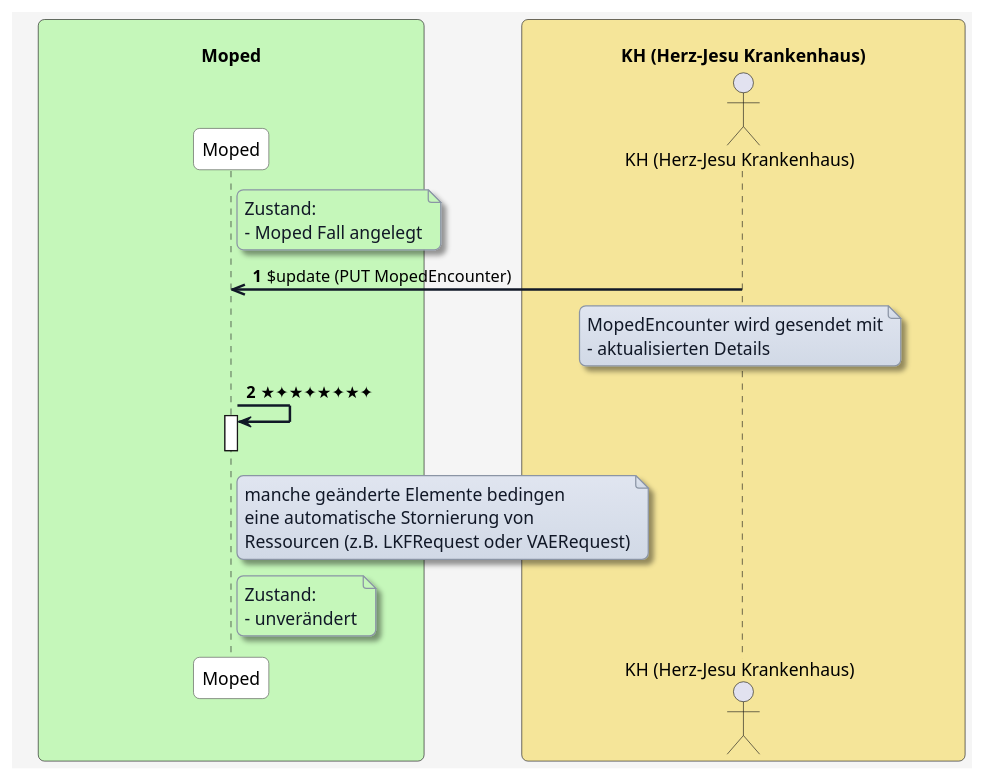
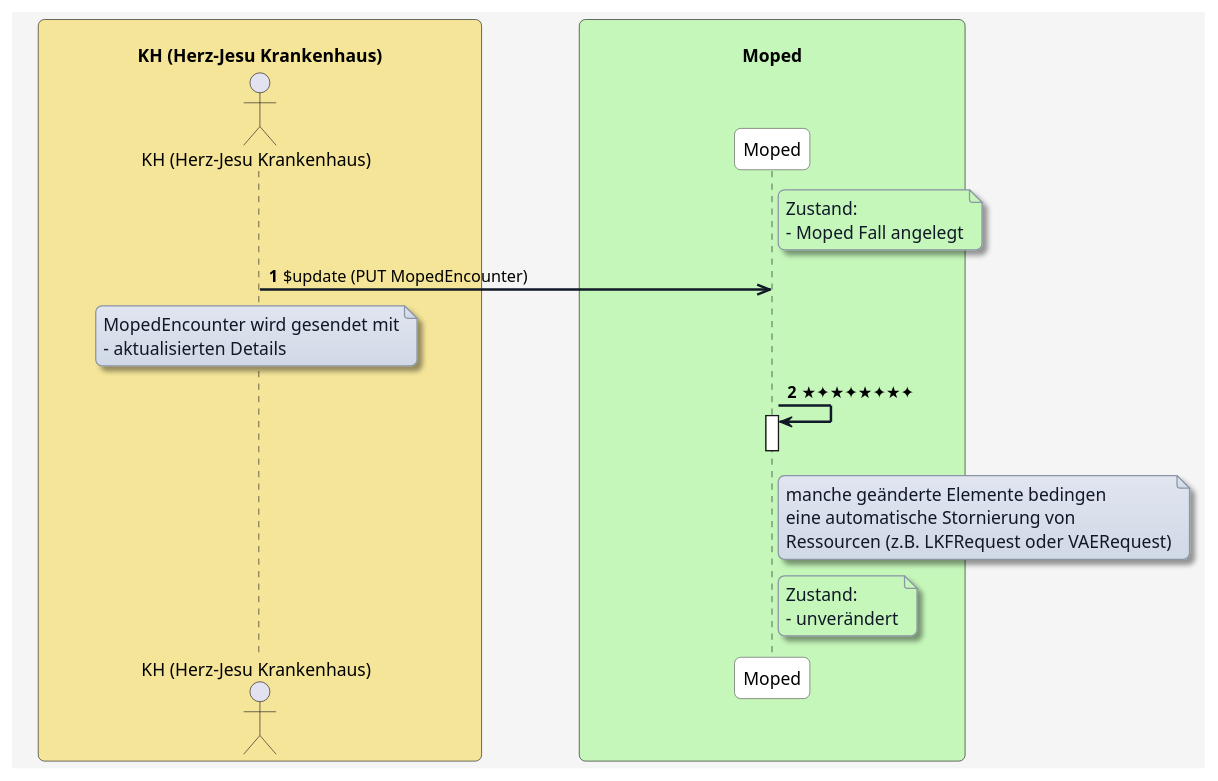
Before and after one commit to HL7Austria/ELGA-MOPED-R5: the diagram in input/images-source/Patientenversorgung/Patientenversorgung-update-aktualisierter-fall.plantuml, drawn with PlantUML. The commit also changed other lines of this file and 6 other files, not shown here.

Commit message:
#781 diagramme umdrehen

```diff
--- a/input/images-source/Patientenversorgung/Patientenversorgung-update-aktualisierter-fall.plantuml
+++ b/input/images-source/Patientenversorgung/Patientenversorgung-update-aktualisierter-fall.plantuml
@@ -1,80 +1,80 @@
 @startuml
 skinparam borderColor #000000
 skinparam backgroundColor #f5f5f5
 skinparam shadowing false
 skinparam roundCorner 10
 skinparam defaultFontName "Arial"
 skinparam defaultFontSize 14
 skinparam defaultFontColor #000000
 
 skinparam note {
   BackgroundColor #e0e5f0-#d1d9e6
   BorderColor #8b95a5
   BorderThickness 1
   RoundCorner 8
   Padding 6
   FontColor #111827
   Shadowing true
 }
 
 skinparam HyperlinkColor #0000EE
 skinparam HyperlinkUnderline false
 
 skinparam sequence {
   ParticipantBorderColor #555555
   ParticipantBackgroundColor #ffffff
   ParticipantFontColor #000000
   ParticipantFontSize 14
   ParticipantPadding 20
   ArrowColor #111827
   ArrowThickness 2
   ArrowFontColor #000000
   ArrowFontSize 13
   GroupBorderColor #111827
   GroupBackgroundColor #f3f4f6
   GroupBorderThickness 1
 }
 
 skinparam BoxPadding 20
 skinparam BoxBorderColor #555555
 
+box "\n                     KH (Herz-Jesu Krankenhaus)                     " #f5e599
+  actor KH as "KH (Herz-Jesu Krankenhaus)"
+end box
+
 box "\n                                   Moped                                   " #c5f7ba
   participant MP as "Moped"
-end box
-
-box "\n                     KH (Herz-Jesu Krankenhaus)                     " #f5e599
-  actor KH as "KH (Herz-Jesu Krankenhaus)"
 end box
 
 
 autonumber
 
 note right of MP #c5f7ba
 Zustand:
 - Moped Fall angelegt
 end note
 
 KH ->> MP: $update (PUT MopedEncounter)
 
 note over KH
 MopedEncounter wird gesendet mit
 - aktualisierten Details
 end note
 
 MP -> MP: ★✦★✦★✦★✦
 activate MP
 deactivate MP
 
 note right of MP
 manche geänderte Elemente bedingen 
 eine automatische Stornierung von
 Ressourcen (z.B. LKFRequest oder VAERequest)
 end note
 
 
 note right of MP #c5f7ba
 Zustand:
 - unverändert
 end note
 
 @enduml
```
